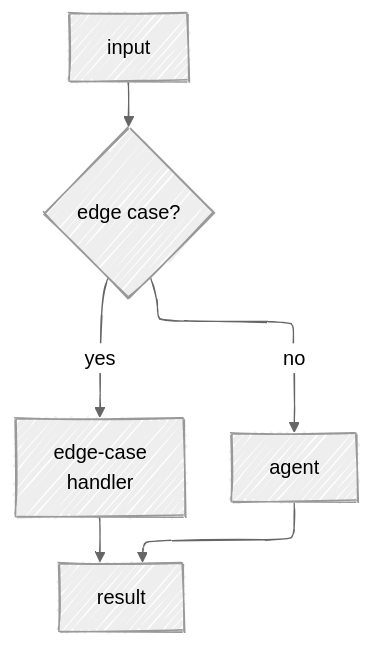
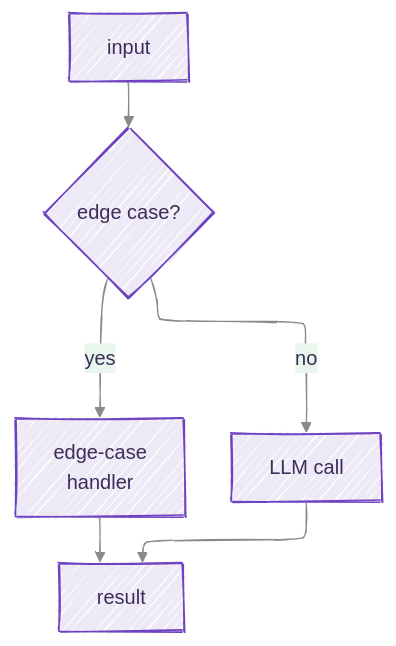
The sixth of 6 diagrams in blog/posts/agent_usecases/index.qmd (maltenlz/maltenlz.github.io), drawn with Mermaid before and after one commit. The commit also changed other lines of this file and 3 other files, not shown here.

First line of the commit message:
Add workflow/agent diagrams and copy-edit blog posts

````diff
--- a/blog/posts/agent_usecases/index.qmd
+++ b/blog/posts/agent_usecases/index.qmd
@@ -167,15 +206,21 @@
 ```{mermaid}
-%%| fig-cap: "3. The edge case is pulled out into an explicit routing workflow."
+%%| fig-cap: "3. You realize that you might as well just model it as a workflow."
 ---
 config:
   look: handDrawn
-  theme: neutral
+  theme: base
   layout: elk
+  themeVariables:
+    primaryColor: "#ede9f6"
+    primaryBorderColor: "#6f42c1"
+    primaryTextColor: "#3b2e5a"
+    lineColor: "#8a8a8a"
+    fontFamily: inherit
 ---
 flowchart TD
     IN["input"] --> R{"edge case?"}
     R -->|yes| H["edge-case<br/>handler"]
-    R -->|no| A["agent"]
+    R -->|no| A["LLM call"]
     H --> OUT["result"]
     A --> OUT
 ```
````
